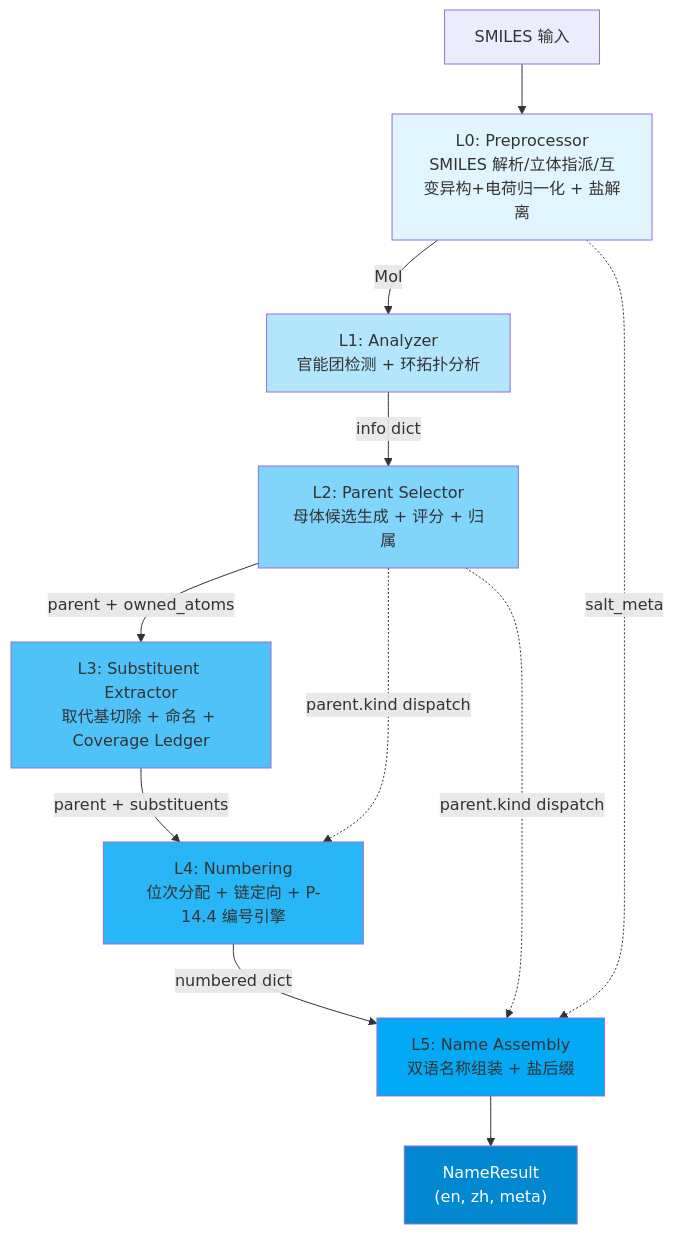
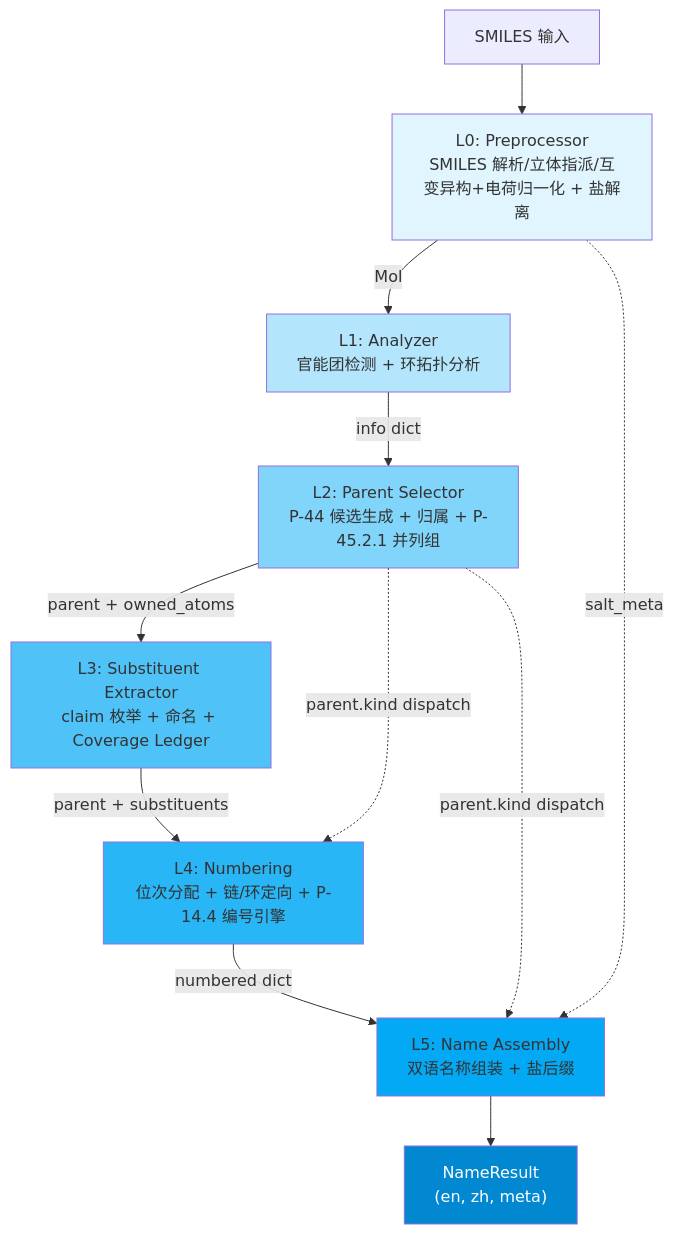
The diagram in docs/wiki/architecture/overview.md (zouxiaofei1/OpenSMILES), drawn with Mermaid before and after one commit. The commit also changed other lines of this file and 18 other files, not shown here.

````diff
--- a/docs/wiki/architecture/overview.md
+++ b/docs/wiki/architecture/overview.md
@@ -31,22 +33,22 @@
 ```mermaid
 flowchart TD
     SMILES["SMILES 输入"] --> L0["L0: Preprocessor<br/>SMILES 解析/立体指派/互变异构+电荷归一化 + 盐解离"]
     L0 -->|Mol| L1["L1: Analyzer<br/>官能团检测 + 环拓扑分析"]
-    L1 -->|info dict| L2["L2: Parent Selector<br/>母体候选生成 + 评分 + 归属"]
-    L2 -->|parent + owned_atoms| L3["L3: Substituent Extractor<br/>取代基切除 + 命名 + Coverage Ledger"]
-    L3 -->|parent + substituents| L4["L4: Numbering<br/>位次分配 + 链定向 + P-14.4 编号引擎"]
+    L1 -->|info dict| L2["L2: Parent Selector<br/>P-44 候选生成 + 归属 + P-45.2.1 并列组"]
+    L2 -->|parent + owned_atoms| L3["L3: Substituent Extractor<br/>claim 枚举 + 命名 + Coverage Ledger"]
+    L3 -->|parent + substituents| L4["L4: Numbering<br/>位次分配 + 链/环定向 + P-14.4 编号引擎"]
     L4 -->|numbered dict| L5["L5: Name Assembly<br/>双语名称组装 + 盐后缀"]
     L5 --> R["NameResult<br/>(en, zh, meta)"]
 
     L0 -.->|salt_meta| L5
     L2 -.->|parent.kind dispatch| L4
     L2 -.->|parent.kind dispatch| L5
 
     style L0 fill:#e1f5fe
     style L1 fill:#b3e5fc
     style L2 fill:#81d4fa
     style L3 fill:#4fc3f7
     style L4 fill:#29b6f6
     style L5 fill:#03a9f4
     style R fill:#0288d1,color:#fff
 ```
````
